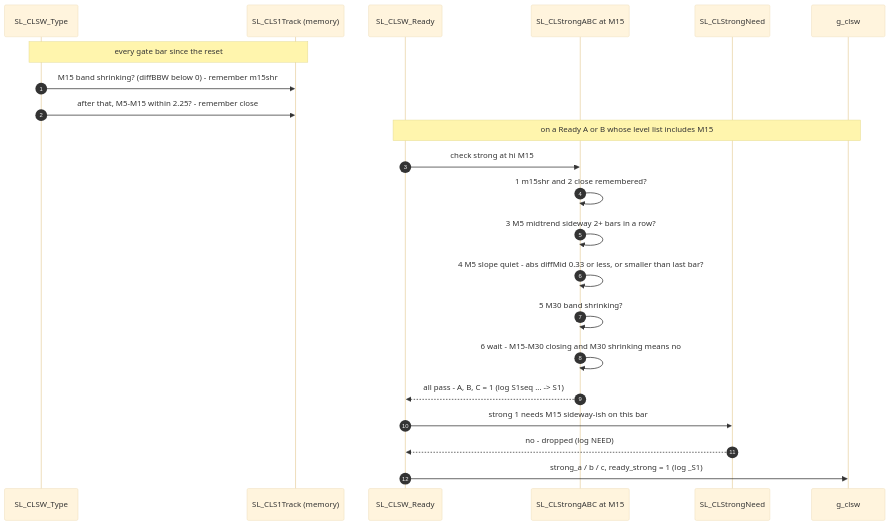
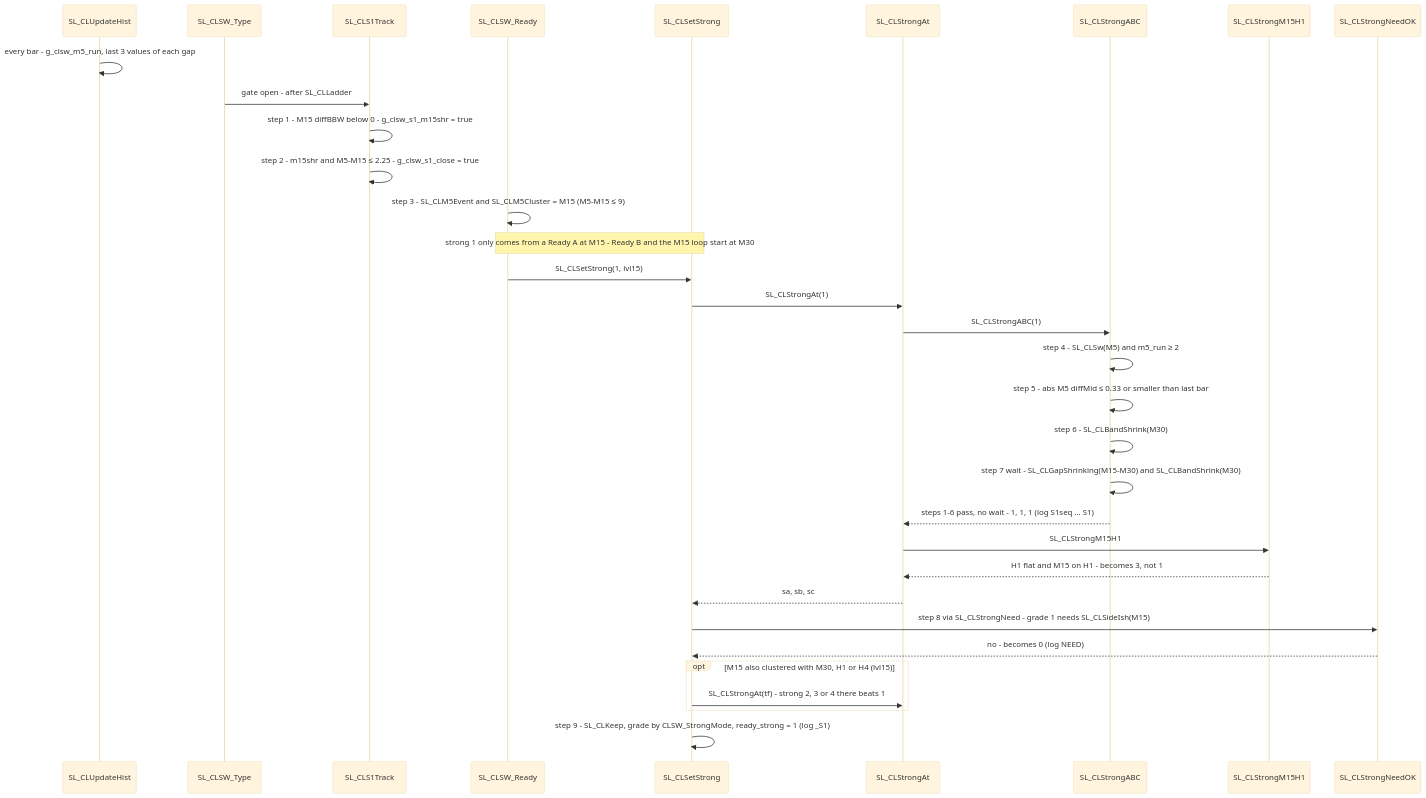
The third of 14 diagrams in references/CLSW_BreakoutV3_Requirements_Architecture.md (Terrypang89/BB_MTF_M15_STRATEGY), drawn with Mermaid (base theme) before and after one commit. The commit also changed other lines of this file, not shown here.

Commit message:
update CLSW_BreakoutV3 with more detail of sequence diagram and strong function

````diff
--- a/references/CLSW_BreakoutV3_Requirements_Architecture.md
+++ b/references/CLSW_BreakoutV3_Requirements_Architecture.md
@@ -191,25 +191,36 @@
 ```mermaid
 sequenceDiagram
-    autonumber
+    participant HIST as SL_CLUpdateHist
     participant TYP as SL_CLSW_Type
-    participant TRK as SL_CLS1Track (memory)
+    participant TRK as SL_CLS1Track
     participant RDY as SL_CLSW_Ready
-    participant ABC as SL_CLStrongABC at M15
-    participant NEED as SL_CLStrongNeed
-    participant G as g_clsw
+    participant SET as SL_CLSetStrong
+    participant AT as SL_CLStrongAt
+    participant ABC as SL_CLStrongABC
+    participant M1 as SL_CLStrongM15H1
+    participant NEED as SL_CLStrongNeedOK
 
-    Note over TYP,TRK: every gate bar since the reset
-    TYP->>TRK: M15 band shrinking? (diffBBW below 0) - remember m15shr
-    TYP->>TRK: after that, M5-M15 within 2.25? - remember close
-    Note over RDY,G: on a Ready A or B whose level list includes M15
-    RDY->>ABC: check strong at hi M15
-    ABC->>ABC: 1 m15shr and 2 close remembered?
-    ABC->>ABC: 3 M5 midtrend sideway 2+ bars in a row?
-    ABC->>ABC: 4 M5 slope quiet - abs diffMid 0.33 or less, or smaller than last bar?
-    ABC->>ABC: 5 M30 band shrinking?
-    ABC->>ABC: 6 wait - M15-M30 closing and M30 shrinking means no
-    ABC-->>RDY: all pass - A, B, C = 1 (log S1seq ... -> S1)
-    RDY->>NEED: strong 1 needs M15 sideway-ish on this bar
-    NEED-->>RDY: no - dropped (log NEED)
-    RDY->>G: strong_a / b / c, ready_strong = 1 (log _S1)
+    HIST->>HIST: every bar - g_clsw_m5_run, last 3 values of each gap
+    TYP->>TRK: gate open - after SL_CLLadder
+    TRK->>TRK: step 1 - M15 diffBBW below 0 - g_clsw_s1_m15shr = true
+    TRK->>TRK: step 2 - m15shr and M5-M15 ≤ 2.25 - g_clsw_s1_close = true
+    RDY->>RDY: step 3 - SL_CLM5Event and SL_CLM5Cluster = M15 (M5-M15 ≤ 9)
+    Note over RDY,SET: strong 1 only comes from a Ready A at M15 - Ready B and the M15 loop start at M30
+    RDY->>SET: SL_CLSetStrong(1, lvl15)
+    SET->>AT: SL_CLStrongAt(1)
+    AT->>ABC: SL_CLStrongABC(1)
+    ABC->>ABC: step 4 - SL_CLSw(M5) and m5_run ≥ 2
+    ABC->>ABC: step 5 - abs M5 diffMid ≤ 0.33 or smaller than last bar
+    ABC->>ABC: step 6 - SL_CLBandShrink(M30)
+    ABC->>ABC: step 7 wait - SL_CLGapShrinking(M15-M30) and SL_CLBandShrink(M30)
+    ABC-->>AT: steps 1-6 pass, no wait - 1, 1, 1 (log S1seq ... S1)
+    AT->>M1: SL_CLStrongM15H1
+    M1-->>AT: H1 flat and M15 on H1 - becomes 3, not 1
+    AT-->>SET: sa, sb, sc
+    SET->>NEED: step 8 via SL_CLStrongNeed - grade 1 needs SL_CLSideIsh(M15)
+    NEED-->>SET: no - becomes 0 (log NEED)
+    opt M15 also clustered with M30, H1 or H4 (lvl15)
+        SET->>AT: SL_CLStrongAt(tf) - strong 2, 3 or 4 there beats 1
+    end
+    SET->>SET: step 9 - SL_CLKeep, grade by CLSW_StrongMode, ready_strong = 1 (log _S1)
 ```
````
